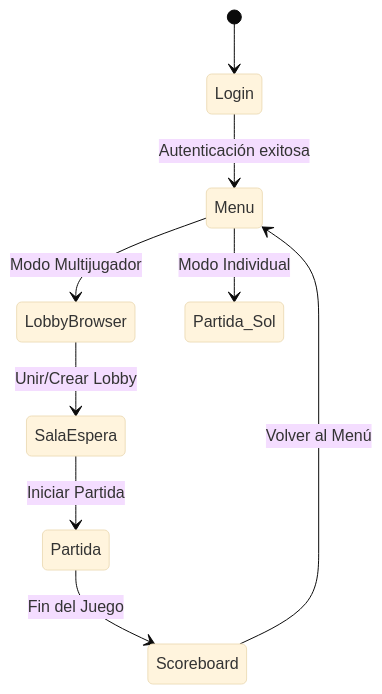
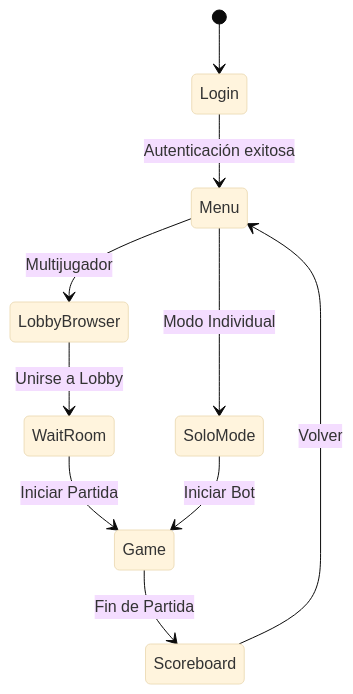
One commit to inspedralbes/tr3-joc-dawtr3gfabrizziorodriguez changed the fourth of 4 diagrams in README.md. Above: the diagram before and after it, drawn with Mermaid (base theme). The commit also changed other lines of this file, not shown here.

````diff
--- a/README.md
+++ b/README.md
@@ -142,11 +169,12 @@
 ```mermaid
 stateDiagram-v2
     [*] --> Login
     Login --> Menu : Autenticación exitosa
-    Menu --> LobbyBrowser : Modo Multijugador
-    Menu --> Partida_Sol : Modo Individual
-    LobbyBrowser --> SalaEspera : Unir/Crear Lobby
-    SalaEspera --> Partida : Iniciar Partida
-    Partida --> Scoreboard : Fin del Juego
-    Scoreboard --> Menu : Volver al Menú
+    Menu --> LobbyBrowser : Multijugador
+    Menu --> SoloMode : Modo Individual
+    LobbyBrowser --> WaitRoom : Unirse a Lobby
+    WaitRoom --> Game : Iniciar Partida
+    Game --> Scoreboard : Fin de Partida
+    Scoreboard --> Menu : Volver
+    SoloMode --> Game : Iniciar Bot
 ```
````
